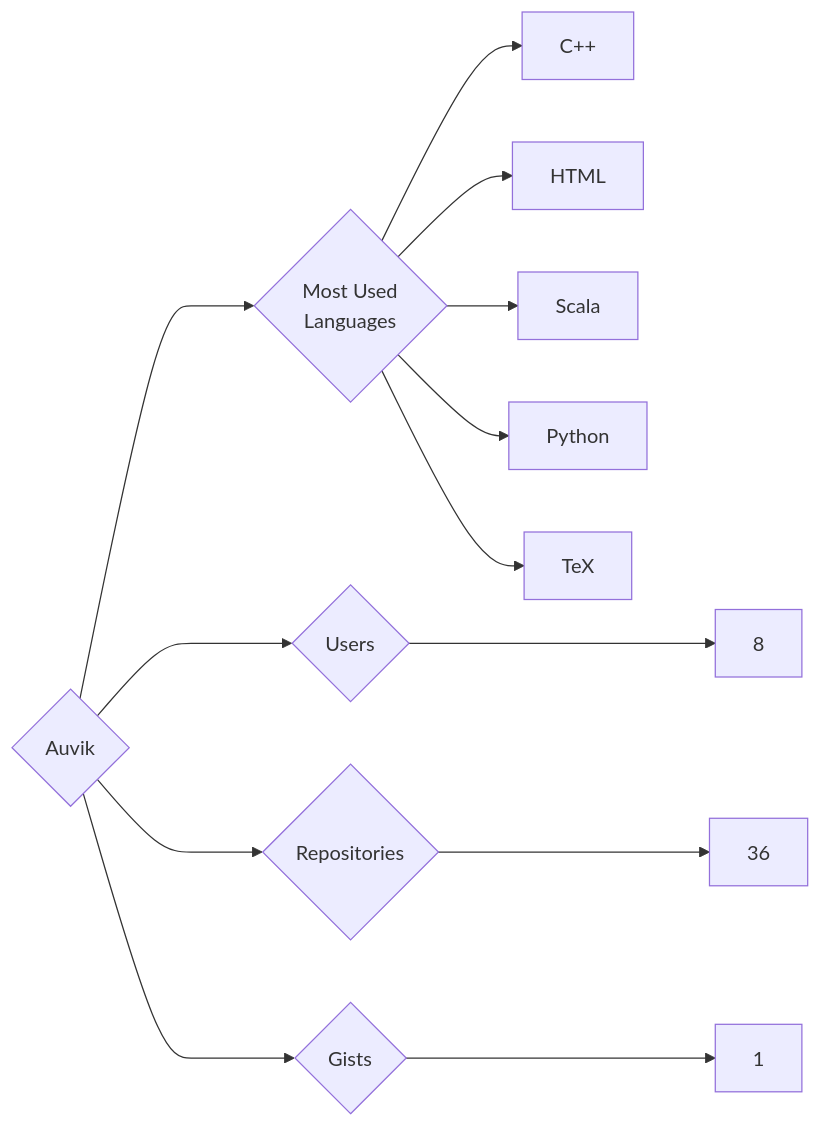
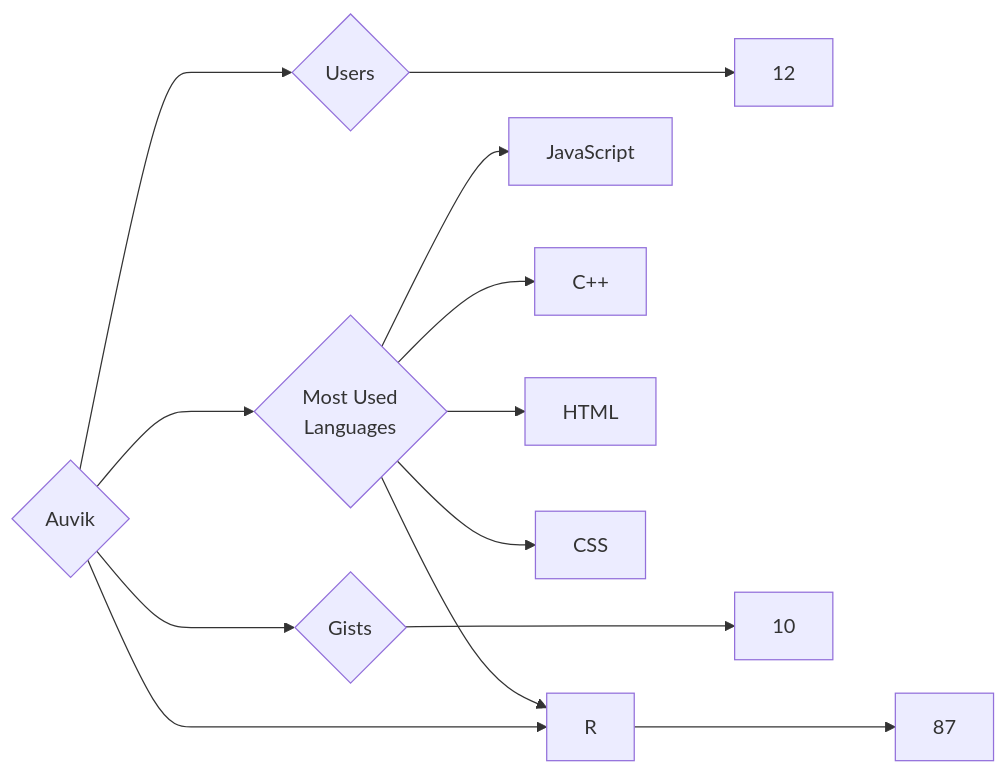
One commit to trickest/insiders changed the diagram in targets/Auvik/README.md. Above: the diagram before and after it, drawn with Mermaid. The commit also changed 750 other files, not shown here.

````diff
--- a/targets/Auvik/README.md
+++ b/targets/Auvik/README.md
@@ -3,13 +3,13 @@
 ```mermaid
 graph LR
 COMPANY_NAME{Auvik}
-COMPANY_NAME ---> U{Users} ---> UN[8]
-COMPANY_NAME ---> R{Repositories} ---> RN[36]
-COMPANY_NAME ---> G{Gists} ---> GN[1]
+COMPANY_NAME ---> U{Users} ---> UN[12]
+COMPANY_NAME ---> R{Repositories} ---> RN[87]
+COMPANY_NAME ---> G{Gists} ---> GN[10]
 COMPANY_NAME ---> ML{Most Used<br>Languages}
+ML --> JavaScript[JavaScript]
 ML --> C++[C++]
 ML --> HTML[HTML]
-ML --> Scala[Scala]
-ML --> Python[Python]
-ML --> TeX[TeX]
+ML --> CSS[CSS]
+ML --> R[R]
 ```
````
